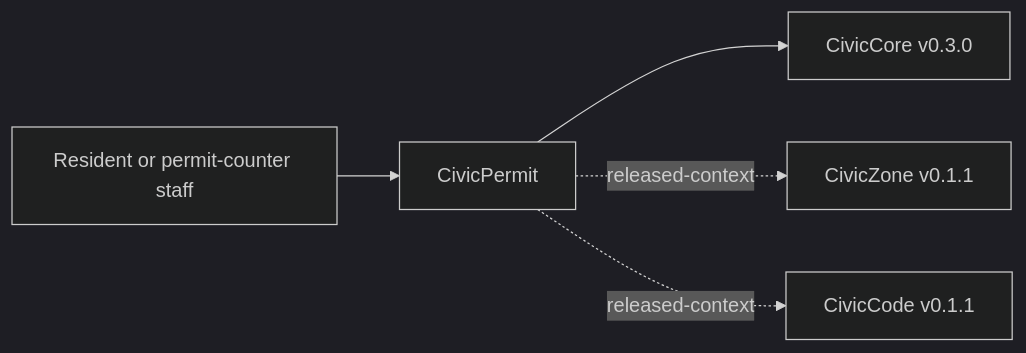
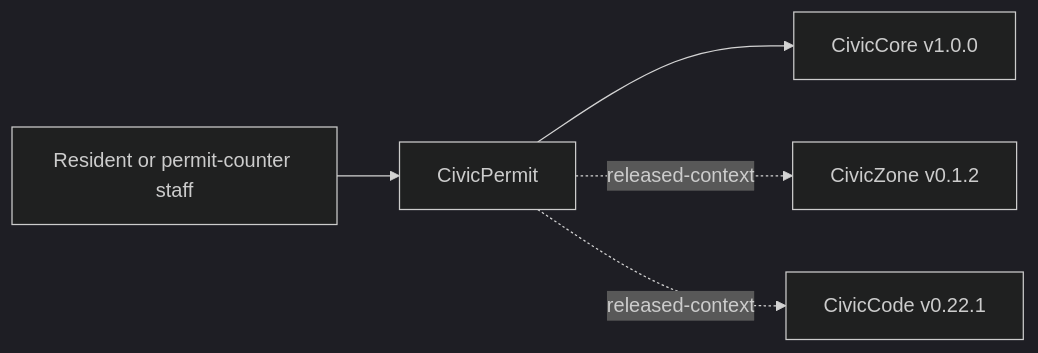
Before and after one commit to CivicSuite/civicpermit: the diagram in USER-MANUAL.md, drawn with Mermaid (dark theme). The commit also changed other lines of this file and 24 other files, not shown here.

Commit message:
Align CivicPermit with CivicCore v1 intake gates

````diff
--- a/USER-MANUAL.md
+++ b/USER-MANUAL.md
@@ -34,7 +35,7 @@
 ```mermaid
 flowchart LR
   PublicUser["Resident or permit-counter staff"] --> CivicPermit["CivicPermit"]
-  CivicPermit --> CivicCore["CivicCore v0.3.0"]
-  CivicPermit -. released-context .-> CivicZone["CivicZone v0.1.1"]
-  CivicPermit -. released-context .-> CivicCode["CivicCode v0.1.1"]
+  CivicPermit --> CivicCore["CivicCore v1.0.0"]
+  CivicPermit -. released-context .-> CivicZone["CivicZone v0.1.2"]
+  CivicPermit -. released-context .-> CivicCode["CivicCode v0.22.1"]
 ```
````
